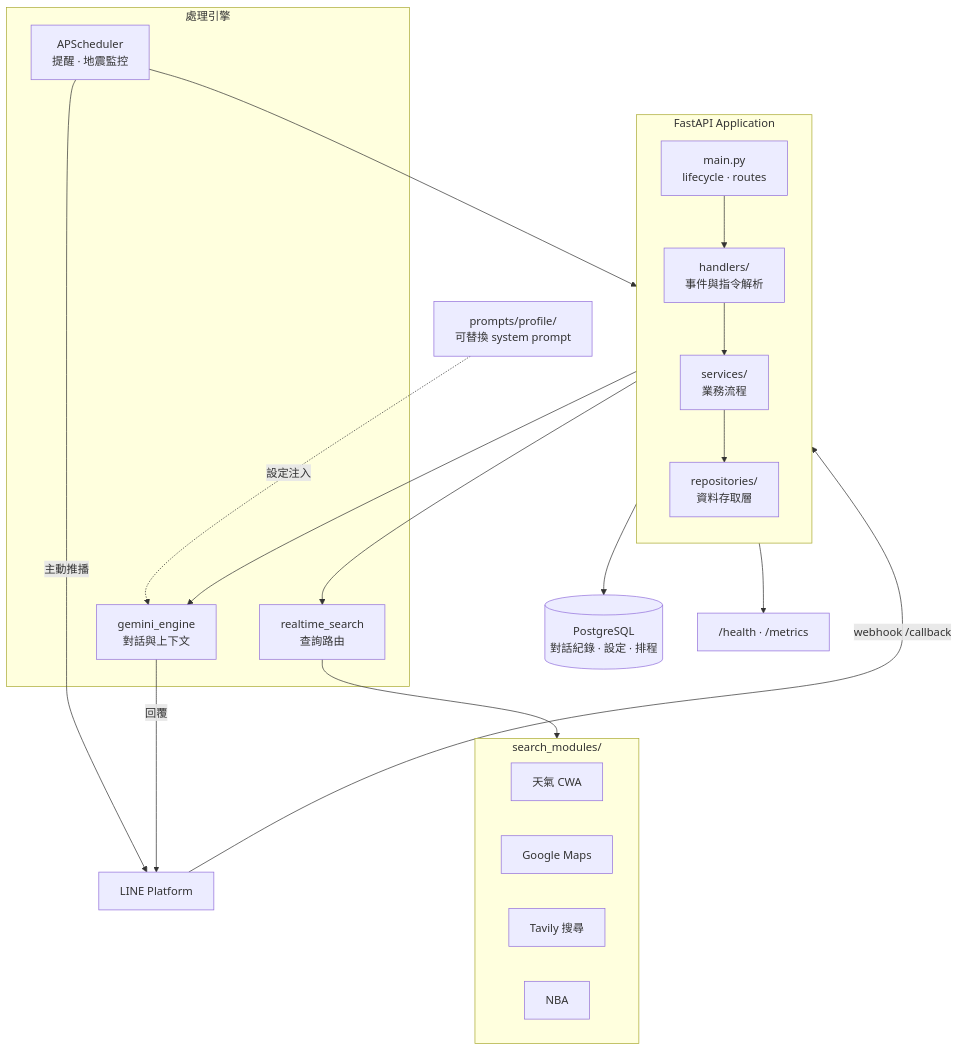
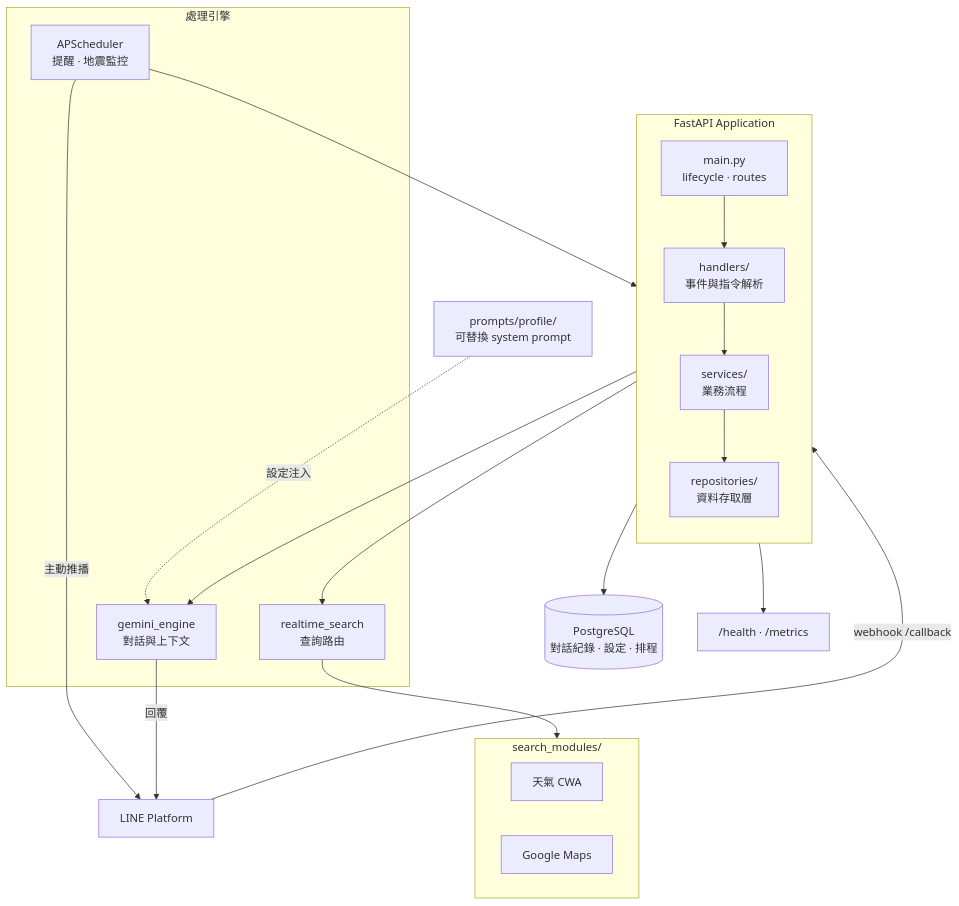
One commit to IMGMANISME/g-bot changed the diagram in README.zh-TW.md. Above: the diagram before and after it, drawn with Mermaid. The commit also changed other lines of this file and 10 other files, not shown here.

First line of the commit message:
移除 Tavily 網路搜尋與 NBA 查詢

````diff
--- a/README.zh-TW.md
+++ b/README.zh-TW.md
@@ -23,43 +23,41 @@
 ```mermaid
 flowchart TB
     LINE["LINE Platform"]
  
     subgraph APP["FastAPI Application"]
         direction TB
         MAIN["main.py<br/>lifecycle · routes"]
         HANDLERS["handlers/<br/>事件與指令解析"]
         SERVICES["services/<br/>業務流程"]
         REPOS["repositories/<br/>資料存取層"]
     end
  
     subgraph ENGINES["處理引擎"]
         GEMINI["gemini_engine<br/>對話與上下文"]
         SEARCH["realtime_search<br/>查詢路由"]
         SCHED["APScheduler<br/>提醒 · 地震監控"]
     end
  
     subgraph MODULES["search_modules/"]
         WEATHER["天氣 CWA"]
         MAPS["Google Maps"]
-        TAVILY["Tavily 搜尋"]
-        NBA["NBA"]
     end
  
     PROMPTS["prompts/profile/<br/>可替換 system prompt"]
     DB[("PostgreSQL<br/>對話紀錄 · 設定 · 排程")]
     OPS["/health · /metrics"]
  
     LINE -->|"webhook /callback"| MAIN
     MAIN --> HANDLERS
     HANDLERS --> SERVICES
     SERVICES --> GEMINI
     SERVICES --> SEARCH
     SERVICES --> REPOS
     SEARCH --> MODULES
     PROMPTS -.設定注入.-> GEMINI
     SCHED --> SERVICES
     REPOS --> DB
     SCHED -->|"主動推播"| LINE
     MAIN --> OPS
     GEMINI -->|"回覆"| LINE
 ```
````
